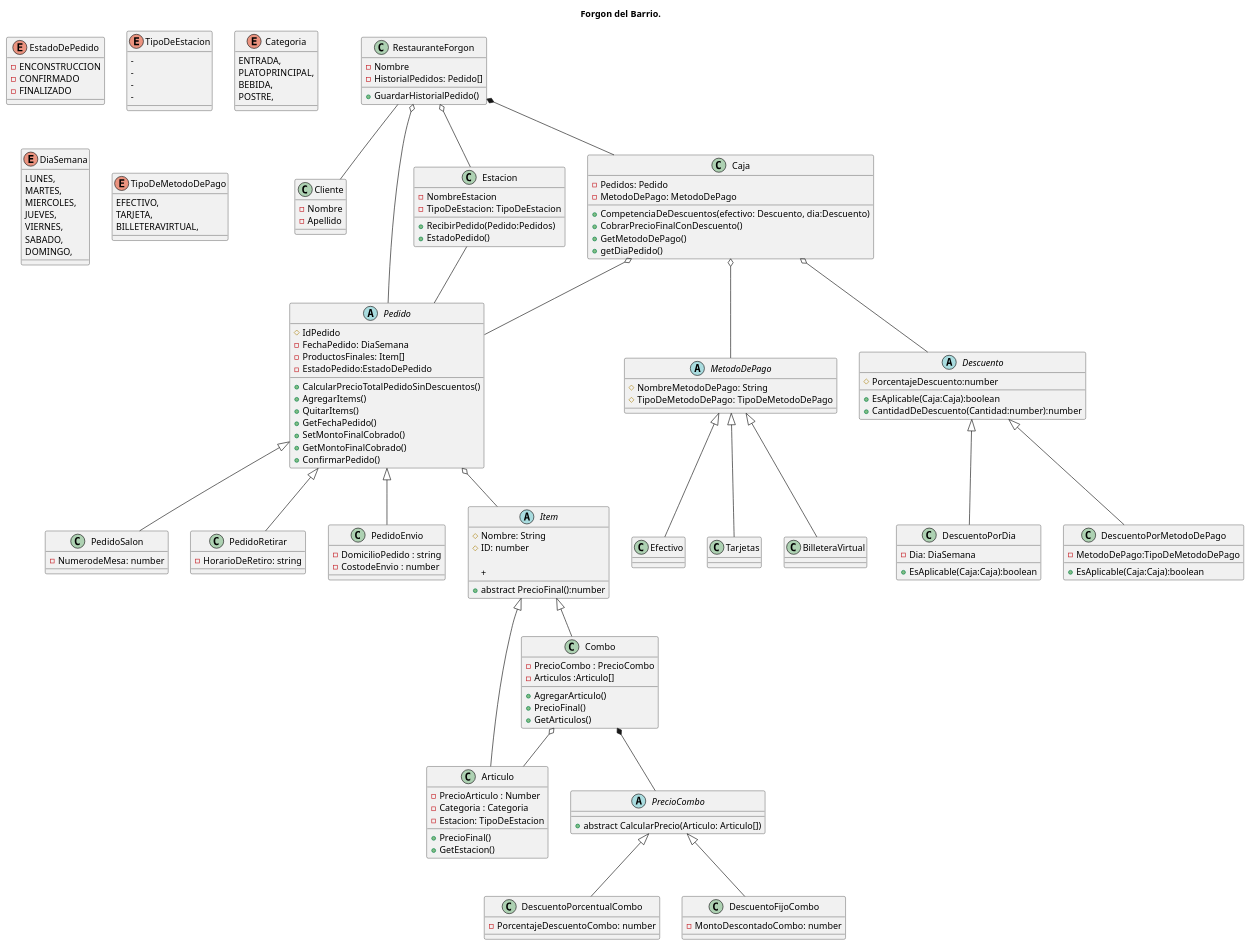
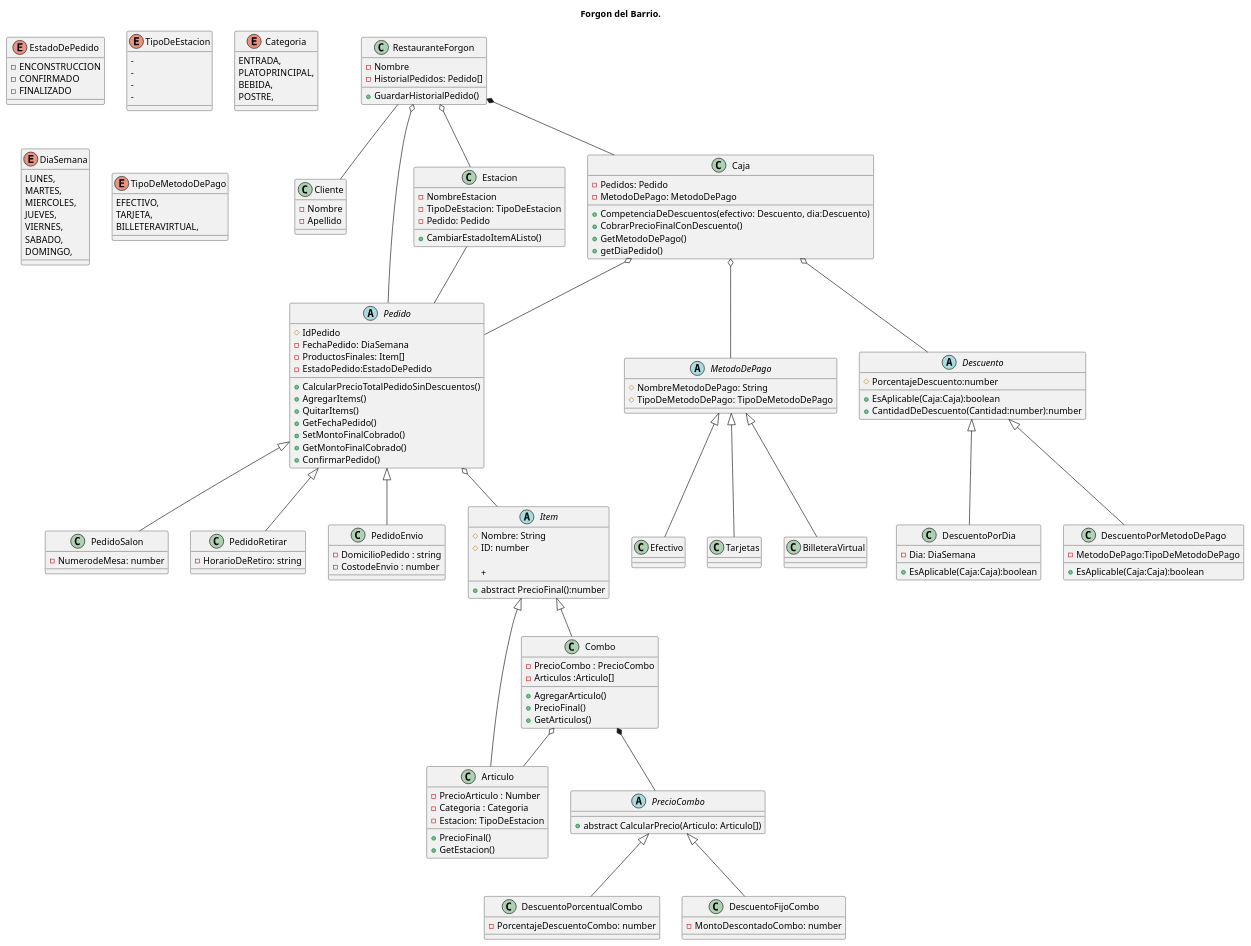
Before and after one commit to biglierilaram/Trabajo_Practico_Prog2: the diagram in Diagrama del TP/Restaurante.puml, drawn with PlantUML. The commit also changed 9163 other files, not shown here.

```diff
--- a/Diagrama del TP/Restaurante.puml
+++ b/Diagrama del TP/Restaurante.puml
@@ -80,9 +80,10 @@
 
 -NombreEstacion
 -TipoDeEstacion: TipoDeEstacion
+-Pedido: Pedido
 
-+RecibirPedido(Pedido:Pedidos)
-+EstadoPedido()
+
++CambiarEstadoItemAListo()
 
 }
 
```
